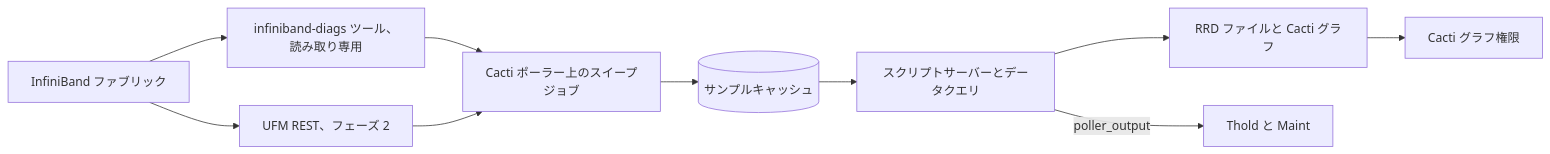
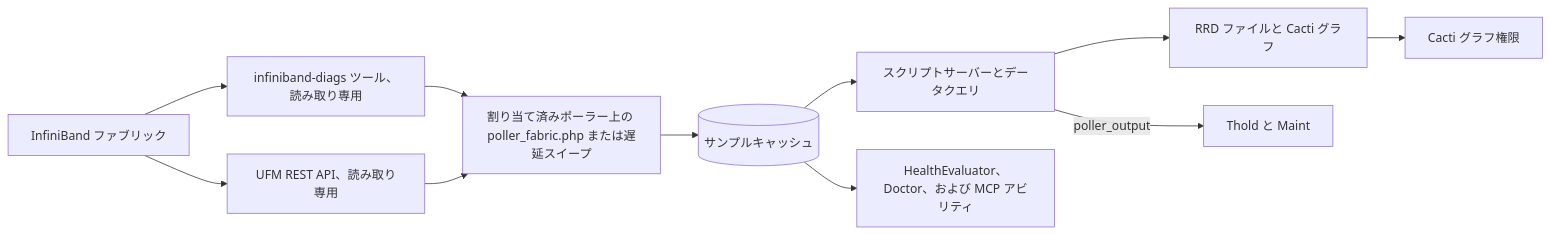
One commit to somethingwithproof/plugin_fabric changed the diagram in docs/i18n/ja-JP/README.md. Above: the diagram before and after it, drawn with Mermaid. The commit also changed other lines of this file and 48 other files, not shown here.

````diff
--- a/docs/i18n/ja-JP/README.md
+++ b/docs/i18n/ja-JP/README.md
@@ -92,12 +132,13 @@
 ```mermaid
 flowchart LR
     F[InfiniBand ファブリック] --> T[infiniband-diags ツール、読み取り専用]
-    F --> U[UFM REST、フェーズ 2]
-    T --> S[Cacti ポーラー上のスイープジョブ]
+    F --> U[UFM REST API、読み取り専用]
+    T --> S[割り当て済みポーラー上の poller_fabric.php または遅延スイープ]
     U --> S
     S --> C[(サンプルキャッシュ)]
     C --> SS[スクリプトサーバーとデータクエリ]
     SS --> R[RRD ファイルと Cacti グラフ]
     SS -->|poller_output| TH[Thold と Maint]
+    C --> H[HealthEvaluator、Doctor、および MCP アビリティ]
     R --> P[Cacti グラフ権限]
 ```
````
